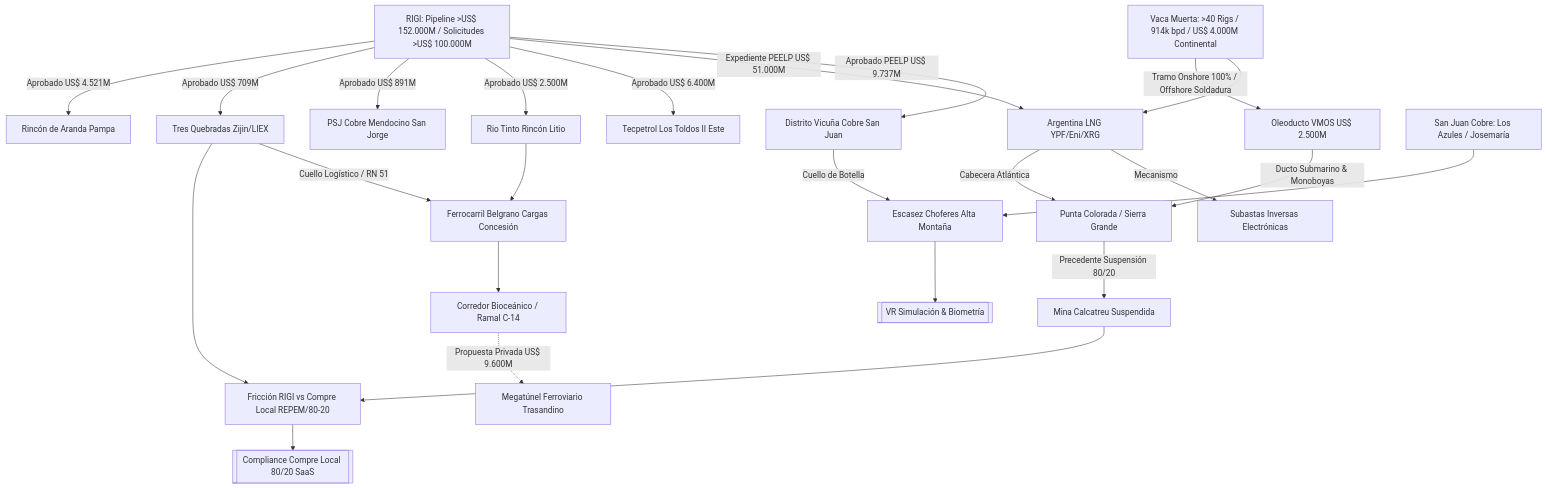
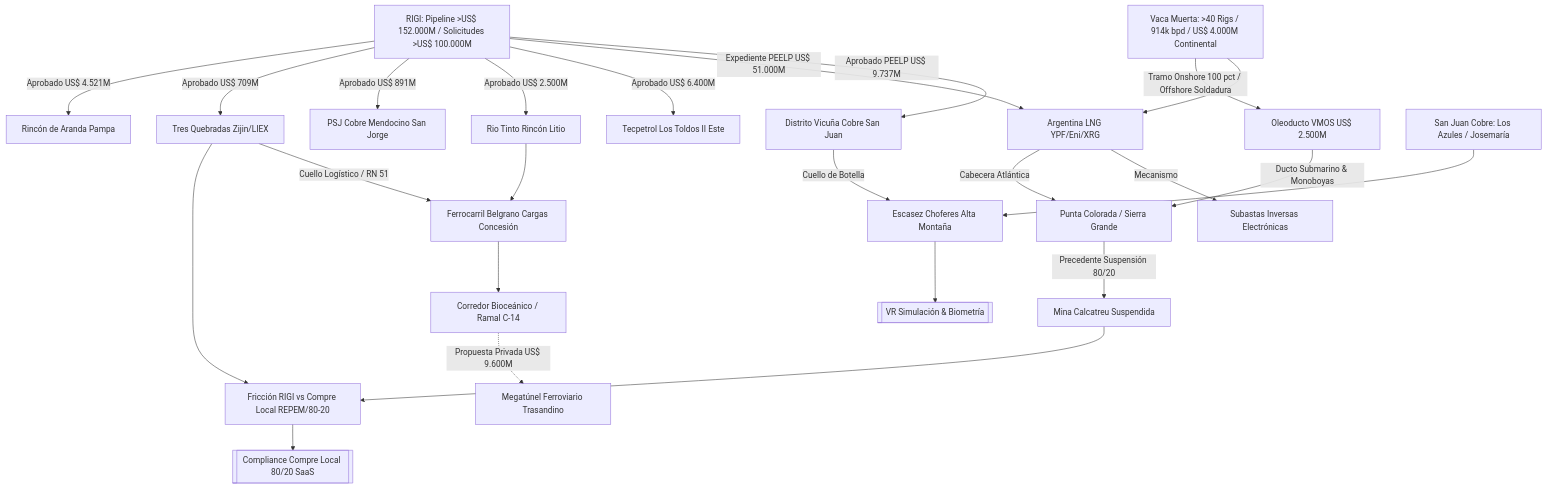
One commit to GustavoDago/argentina-mining-vault changed the diagram in wiki/03 Analysis/Oportunidades y Conexiones.md. Above: the diagram before and after it, drawn with Mermaid.

Commit message:
fix(mermaid): escapar caracter porcentual en diagrama de Oportunidades y Conexiones

````diff
--- a/wiki/03 Analysis/Oportunidades y Conexiones.md
+++ b/wiki/03 Analysis/Oportunidades y Conexiones.md
@@ -35,31 +35,31 @@
 ```mermaid
 graph TD
     RIGI[RIGI: Pipeline >US$ 152.000M / Solicitudes >US$ 100.000M] --> |Aprobado PEELP US$ 9.737M| Vicuña[Distrito Vicuña Cobre San Juan]
     RIGI --> |Expediente PEELP US$ 51.000M| ArgLNG[Argentina LNG YPF/Eni/XRG]
     RIGI --> |Aprobado US$ 6.400M| Tecpetrol[Tecpetrol Los Toldos II Este]
     RIGI --> |Aprobado US$ 2.500M| Rincon[Rio Tinto Rincón Litio]
     RIGI --> |Aprobado US$ 891M| SanJorge[PSJ Cobre Mendocino San Jorge]
     RIGI --> |Aprobado US$ 709M| 3Q[Tres Quebradas Zijin/LIEX]
     RIGI --> |Aprobado US$ 4.521M| RinconAranda[Rincón de Aranda Pampa]
 
     ArgLNG --> |Mecanismo| SubastaInversa[Subastas Inversas Electrónicas]
     ArgLNG --> |Cabecera Atlántica| RioNegro[Punta Colorada / Sierra Grande]
 
     VM[Vaca Muerta: >40 Rigs / 914k bpd / US$ 4.000M Continental] --> ArgLNG
-    VM --> |Tramo Onshore 100% / Offshore Soldadura| VMOS[Oleoducto VMOS US$ 2.500M]
+    VM --> |Tramo Onshore 100 pct / Offshore Soldadura| VMOS[Oleoducto VMOS US$ 2.500M]
     VMOS --> |Ducto Submarino & Monoboyas| RioNegro
 
     Vicuña --> |Cuello de Botella| Choferes[Escasez Choferes Alta Montaña]
     SanJuan[San Juan Cobre: Los Azules / Josemaría] --> Choferes
     Choferes --> VRSolution[[VR Simulación & Biometría]]
 
     3Q --> |Cuello Logístico / RN 51| BelgranoCargas[Ferrocarril Belgrano Cargas Concesión]
     Rincon --> BelgranoCargas
     BelgranoCargas --> Bioceanico[Corredor Bioceánico / Ramal C-14]
     Bioceanico -.-> |Propuesta Privada US$ 9.600M| Megatunel[Megatúnel Ferroviario Trasandino]
 
     RioNegro --> |Precedente Suspensión 80/20| Calcatreu[Mina Calcatreu Suspendida]
     Calcatreu --> FriccionLocal[Fricción RIGI vs Compre Local REPEM/80-20]
     3Q --> FriccionLocal
     FriccionLocal --> ComplianceSaaS[[Compliance Compre Local 80/20 SaaS]]
 ```
````
